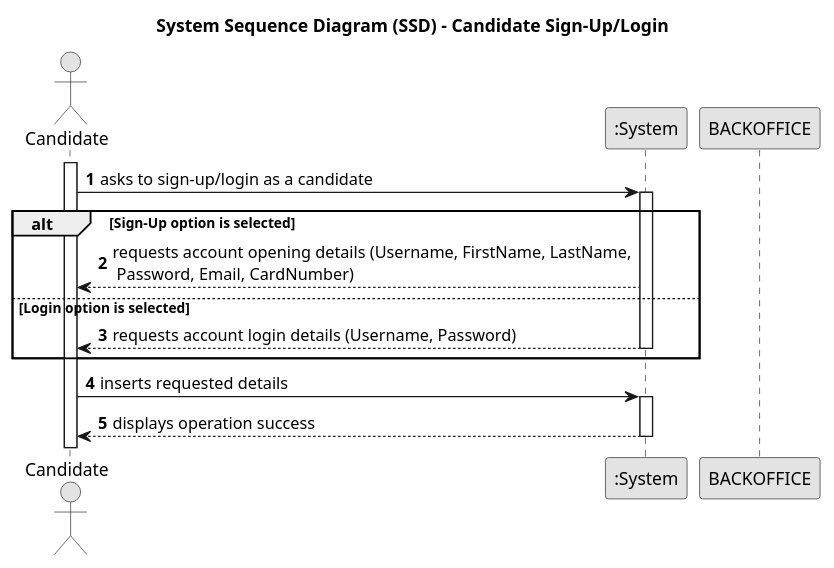
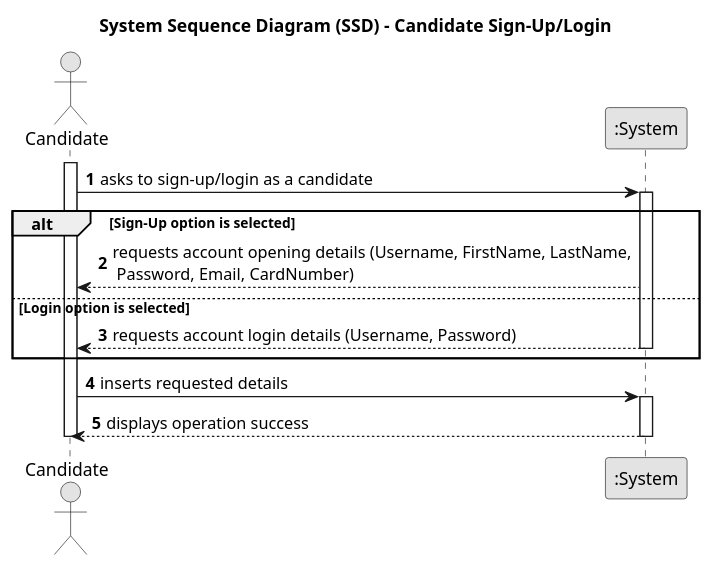
The diagram in docs/SprintB/G007/G007-system-sequence-diagram-candidateApp.puml (MiguelCardoso77/LAPR4), drawn with PlantUML before and after one commit. The commit also changed 5 other files, not shown here.

```diff
--- a/docs/SprintB/G007/G007-system-sequence-diagram-candidateApp.puml
+++ b/docs/SprintB/G007/G007-system-sequence-diagram-candidateApp.puml
@@ -1,35 +1,35 @@
 @startuml
 skinparam monochrome true
 skinparam packageStyle rectangle
 skinparam shadowing false
 
 title System Sequence Diagram (SSD) - Candidate Sign-Up/Login
 
 autonumber
 
 actor "Candidate" as CANDIDATE
 participant ":System" as System
 
 activate CANDIDATE
 
     CANDIDATE -> System : asks to sign-up/login as a candidate
     activate System
 
     alt Sign-Up option is selected
        System --> CANDIDATE : requests account opening details (Username, FirstName, LastName,\n Password, Email, CardNumber)
 
     else Login option is selected
         System --> CANDIDATE : requests account login details (Username, Password)
 
     deactivate System
     end
 
     CANDIDATE -> System : inserts requested details
     activate System
 
         System --> CANDIDATE : displays operation success
     deactivate System
 
-deactivate BACKOFFICE
+deactivate CANDIDATE
 
 @enduml
```
